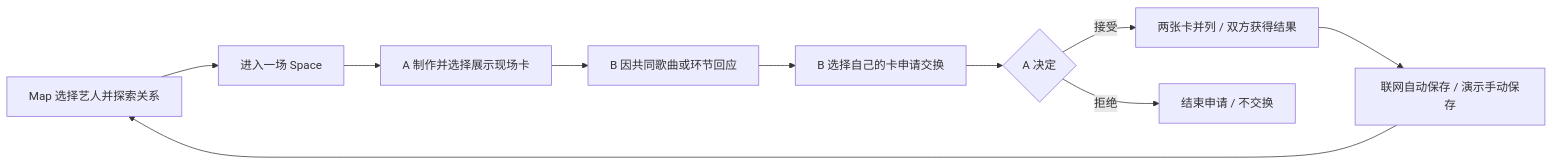
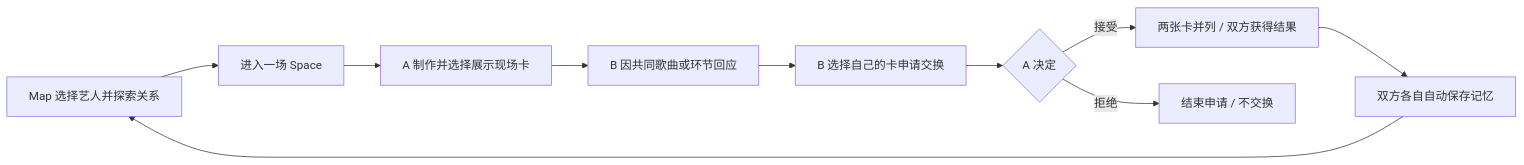
The diagram in product/docs/01-product-plan.md (musicMapTeam/musicMap), drawn with Mermaid before and after one commit. The commit also changed other lines of this file and 19 other files, not shown here.

````diff
--- a/product/docs/01-product-plan.md
+++ b/product/docs/01-product-plan.md
@@ -32,12 +32,12 @@
 ```mermaid
 flowchart LR
     A[Map 选择艺人并探索关系] --> B[进入一场 Space]
     B --> C[A 制作并选择展示现场卡]
     C --> D[B 因共同歌曲或环节回应]
     D --> E[B 选择自己的卡申请交换]
     E --> F{A 决定}
     F -->|接受| G[两张卡并列 / 双方获得结果]
     F -->|拒绝| H[结束申请 / 不交换]
-    G --> I[联网自动保存 / 演示手动保存]
+    G --> I[双方各自自动保存记忆]
     I --> A
 ```
````
